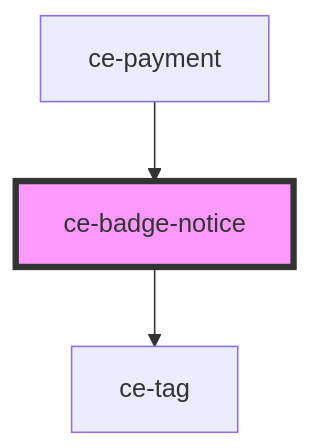
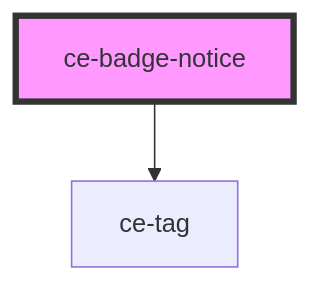
Before and after one commit to surecart/surecart-wp-plugin: the diagram in packages/components/src/components/ui/badge-notice/readme.md, drawn with Mermaid. The commit also changed other lines of this file and 162 other files, not shown here.

````diff
--- a/packages/components/src/components/ui/badge-notice/readme.md
+++ b/packages/components/src/components/ui/badge-notice/readme.md
@@ -28,6 +24,5 @@
 ```mermaid
 graph TD;
   ce-badge-notice --> ce-tag
-  ce-payment --> ce-badge-notice
   style ce-badge-notice fill:#f9f,stroke:#333,stroke-width:4px
 ```
````
